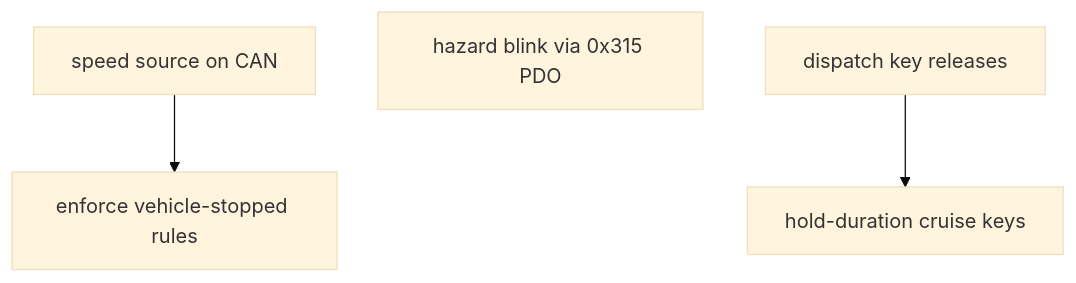
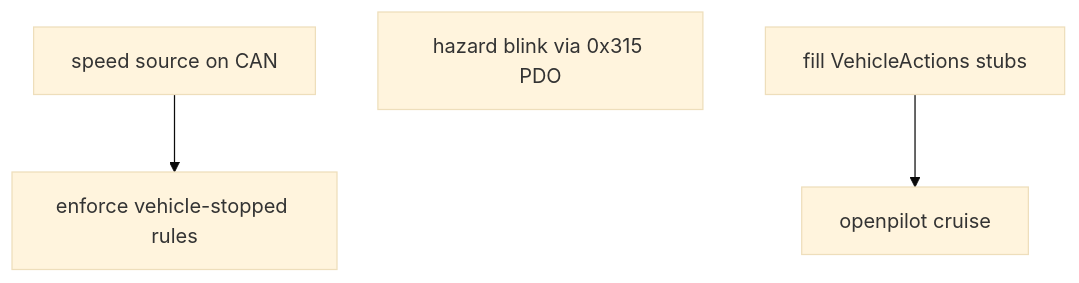
One commit to dreamev/mm-ecu changed the diagram in lode/plans/roadmap.md. Above: the diagram before and after it, drawn with Mermaid (base theme). The commit also changed other lines of this file and 14 other files, not shown here.

First line of the commit message:
feat: handle all 12 keys; stub vehicle actions; key release + hold time

````diff
--- a/lode/plans/roadmap.md
+++ b/lode/plans/roadmap.md
@@ -29,6 +34,6 @@
 ```mermaid
 flowchart TD
   Spd[speed source on CAN] --> Stop[enforce vehicle-stopped rules]
   Blink[hazard blink via 0x315 PDO]
-  Release[dispatch key releases] --> Hold[hold-duration cruise keys]
+  Stubs[fill VehicleActions stubs] --> Cruise[openpilot cruise]
 ```
````
